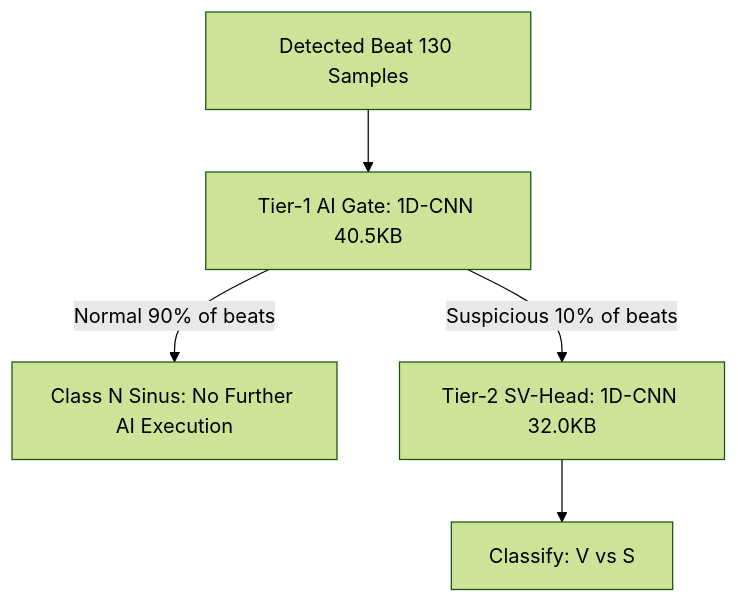
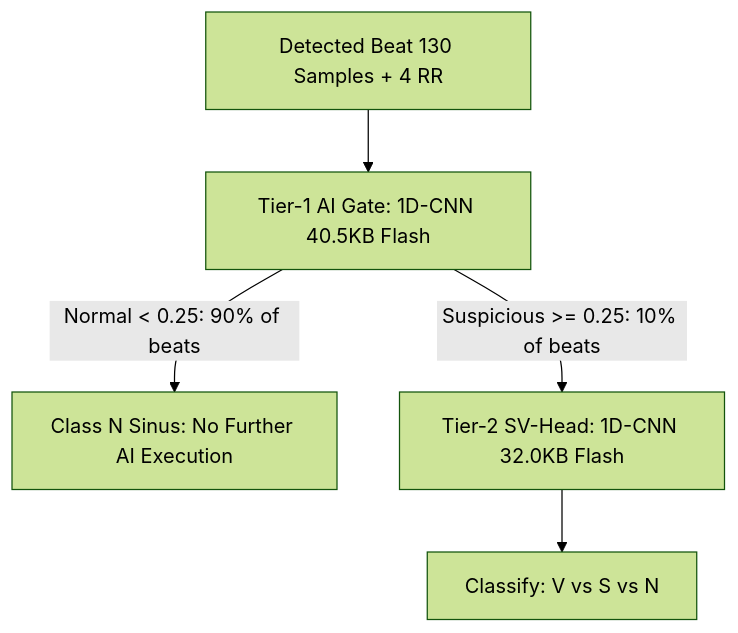
One commit to memehdi14/icc-26-tarang changed the second of 2 diagrams in docs/07_Architectural_Tradeoffs_and_Technical_Defense_Guide.md. Above: the diagram before and after it, drawn with Mermaid (forest theme). The commit also changed other lines of this file and 6 other files, not shown here.

````diff
--- a/docs/07_Architectural_Tradeoffs_and_Technical_Defense_Guide.md
+++ b/docs/07_Architectural_Tradeoffs_and_Technical_Defense_Guide.md
@@ -95,7 +95,7 @@
 ```mermaid
 graph TD
-    A[Detected Beat 130 Samples] --> B[Tier-1 AI Gate: 1D-CNN 40.5KB]
-    B -->|Normal 90% of beats| C[Class N Sinus: No Further AI Execution]
-    B -->|Suspicious 10% of beats| D[Tier-2 SV-Head: 1D-CNN 32.0KB]
-    D --> E[Classify: V vs S]
+    A[Detected Beat 130 Samples + 4 RR] --> B[Tier-1 AI Gate: 1D-CNN 40.5KB Flash]
+    B -->|Normal < 0.25: 90% of beats| C[Class N Sinus: No Further AI Execution]
+    B -->|Suspicious >= 0.25: 10% of beats| D[Tier-2 SV-Head: 1D-CNN 32.0KB Flash]
+    D --> E[Classify: V vs S vs N]
 ```
````
